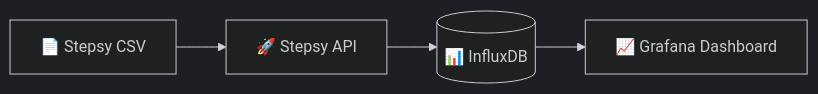
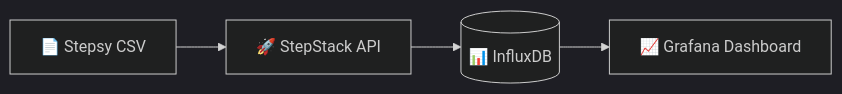
The first of 5 diagrams in README.md (nikoswu/StepStack), drawn with Mermaid (dark theme) before and after one commit. The commit also changed other lines of this file and 16 other files, not shown here.

Commit message:
Rename project from Stepsy to StepStack

````diff
--- a/README.md
+++ b/README.md
@@ -15,6 +15,6 @@
 ```mermaid
 flowchart LR
-    A[📄 Stepsy CSV] --> B[🚀 Stepsy API]
+    A[📄 Stepsy CSV] --> B[🚀 StepStack API]
     B --> C[(📊 InfluxDB)]
     C --> D[📈 Grafana Dashboard]
 ```
````
